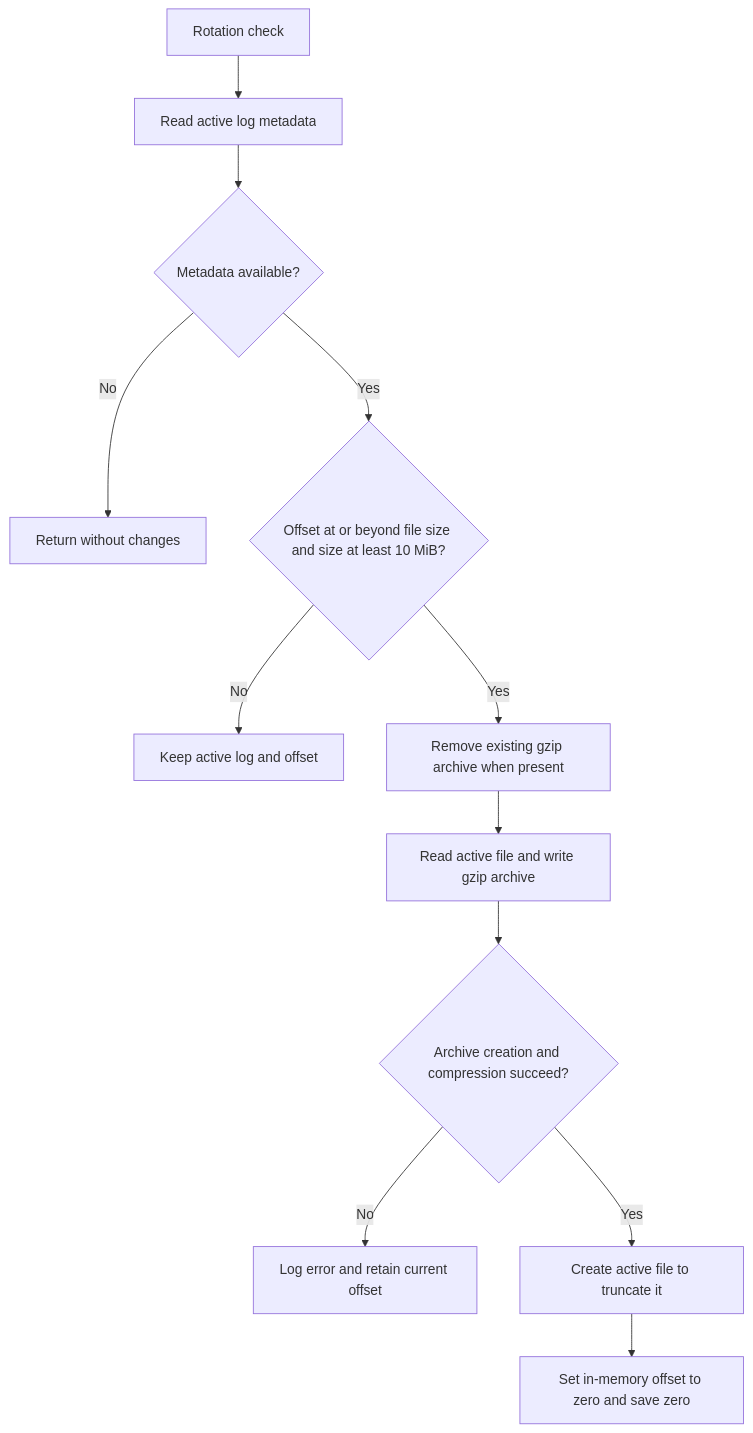
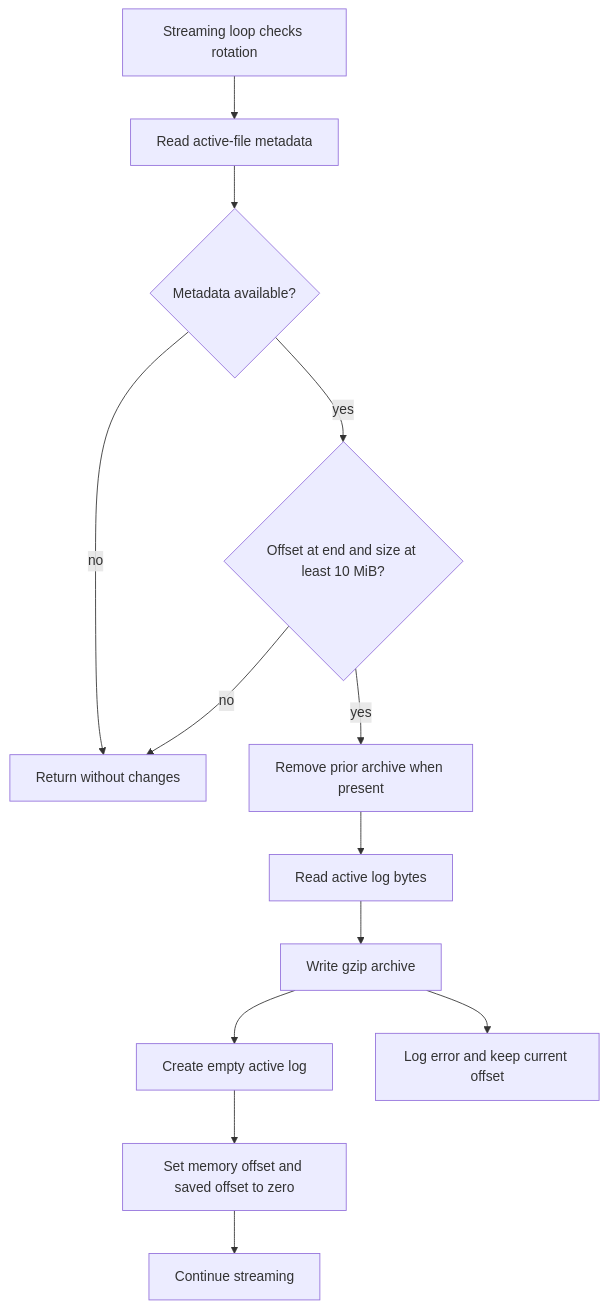
One commit to flamingo-stack/openframe-oss-tenant changed the third of 4 diagrams in docs/reference/architecture/openframe-client-core/logging-rotation/logging-rotation.md. Above: the diagram before and after it, drawn with Mermaid. The commit also changed other lines of this file and 2377 other files, not shown here.

````diff
--- a/docs/reference/architecture/openframe-client-core/logging-rotation/logging-rotation.md
+++ b/docs/reference/architecture/openframe-client-core/logging-rotation/logging-rotation.md
@@ -77,14 +71,15 @@
 ```mermaid
 flowchart TD
-    Start["Rotation check"] --> Metadata["Read active log metadata"]
-    Metadata --> Exists{"Metadata available?"}
-    Exists -->|"No"| Return["Return without changes"]
-    Exists -->|"Yes"| Ready{"Offset at or beyond file size and size at least 10 MiB?"}
-    Ready -->|"No"| Wait["Keep active log and offset"]
-    Ready -->|"Yes"| RemoveArchive["Remove existing gzip archive when present"]
-    RemoveArchive --> Compress["Read active file and write gzip archive"]
-    Compress --> Success{"Archive creation and compression succeed?"}
-    Success -->|"No"| Error["Log error and retain current offset"]
-    Success -->|"Yes"| Truncate["Create active file to truncate it"]
-    Truncate --> Reset["Set in-memory offset to zero and save zero"]
+    Start["Streaming loop checks rotation"] --> Metadata["Read active-file metadata"]
+    Metadata --> MetadataOk{"Metadata available?"}
+    MetadataOk -->|"no"| Return["Return without changes"]
+    MetadataOk -->|"yes"| Ready{"Offset at end and size at least 10 MiB?"}
+    Ready -->|"no"| Return
+    Ready -->|"yes"| Remove["Remove prior archive when present"]
+    Remove --> Read["Read active log bytes"]
+    Read --> Compress["Write gzip archive"]
+    Compress --> Truncate["Create empty active log"]
+    Truncate --> Reset["Set memory offset and saved offset to zero"]
+    Reset --> Done["Continue streaming"]
+    Compress --> Failure["Log error and keep current offset"]
 ```
````
